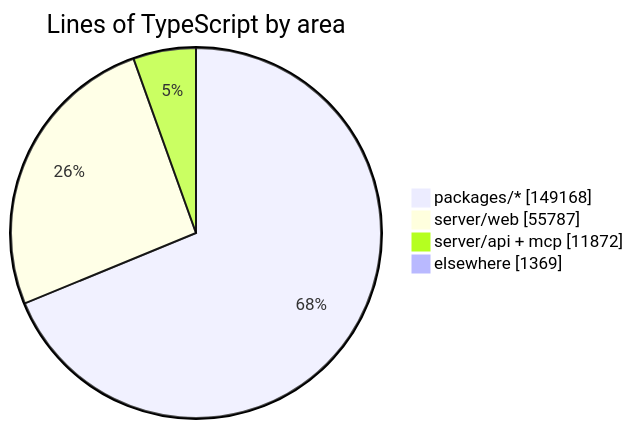
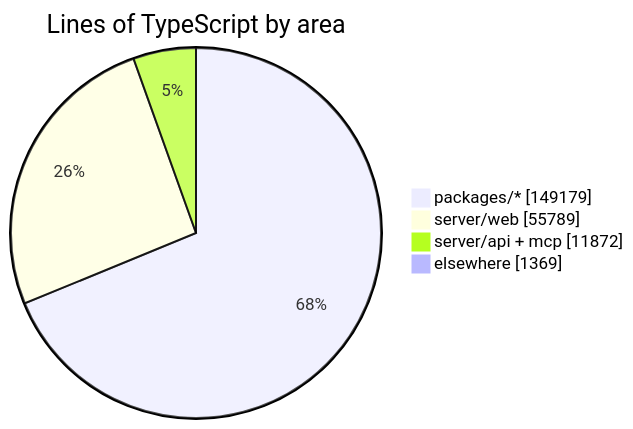
Before and after one commit to crossworks-engineering/mantle: the diagram in README.md, drawn with Mermaid. The commit also changed other lines of this file and 2 other files, not shown here.

````diff
--- a/README.md
+++ b/README.md
@@ -279,7 +279,7 @@
 ```mermaid
 pie showData title Lines of TypeScript by area
-    "packages/*" : 149168
-    "server/web" : 55787
+    "packages/*" : 149179
+    "server/web" : 55789
     "server/api + mcp" : 11872
     "elsewhere" : 1369
 ```
````
